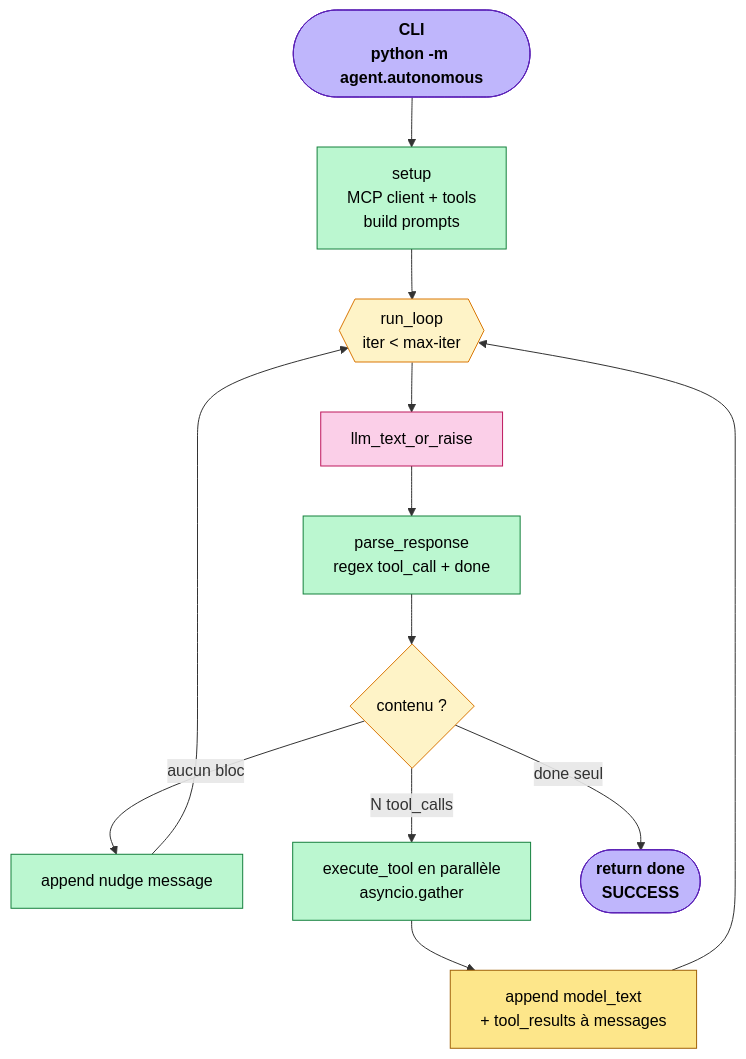
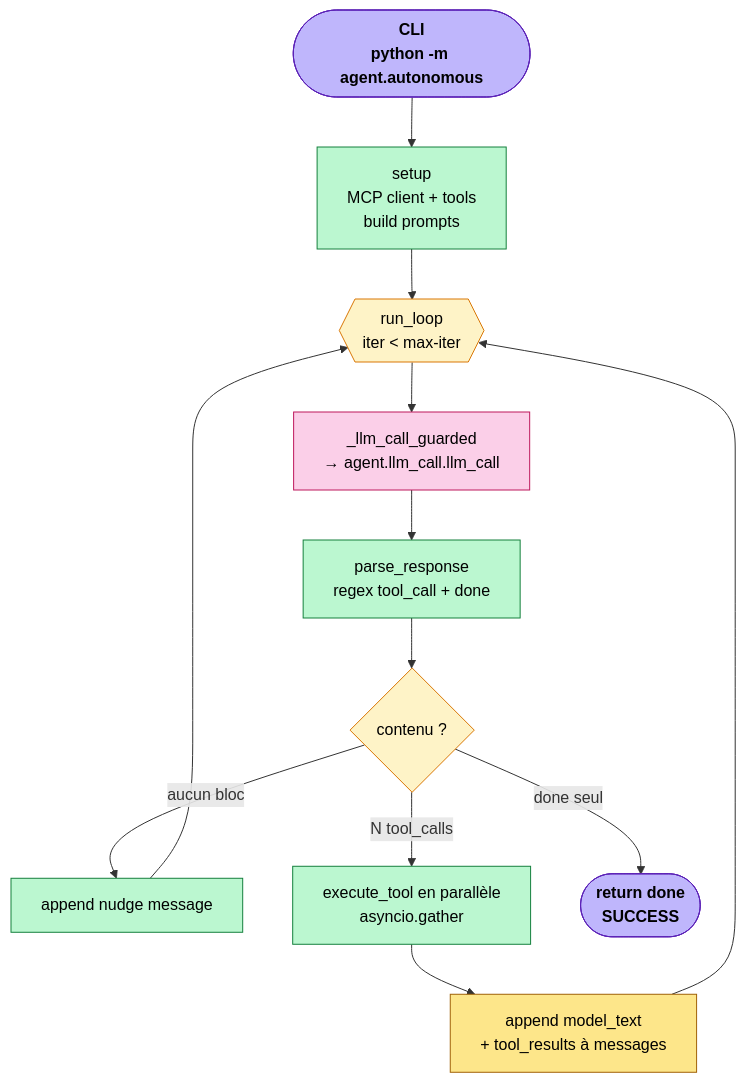
Before and after one commit to clemlb31/FPML-CDM: the second of 3 diagrams in README.md, drawn with Mermaid. The commit also changed other lines of this file and 127 other files, not shown here.

````diff
--- a/README.md
+++ b/README.md
@@ -77,24 +76,24 @@
 ```mermaid
 flowchart TD
     START([CLI<br/>python -m agent.autonomous]):::terminal
     SETUP[setup<br/>MCP client + tools<br/>build prompts]:::pure
     LOOP{{run_loop<br/>iter &lt; max-iter}}:::router
-    LLM[llm_text_or_raise]:::llm
+    LLM[_llm_call_guarded<br/>→ agent.llm_call.llm_call]:::llm
     PARSE[parse_response<br/>regex tool_call + done]:::pure
     CHECK{contenu ?}:::router
     NUDGE[append nudge message]:::pure
     EXEC[execute_tool en parallèle<br/>asyncio.gather]:::pure
     APPEND[append model_text<br/>+ tool_results à messages]:::state
     FINISH([return done<br/>SUCCESS]):::terminal
 
     START --> SETUP --> LOOP --> LLM --> PARSE --> CHECK
     CHECK -->|done seul| FINISH
     CHECK -->|aucun bloc| NUDGE --> LOOP
     CHECK -->|N tool_calls| EXEC --> APPEND --> LOOP
 
     classDef terminal fill:#bfb6fc,stroke:#5b21b6,color:#000,font-weight:bold
     classDef router fill:#fef3c7,stroke:#d97706,color:#000
     classDef llm fill:#fbcfe8,stroke:#be185d,color:#000
     classDef pure fill:#bbf7d0,stroke:#15803d,color:#000
     classDef state fill:#fde68a,stroke:#a16207,color:#000
 ```
````
